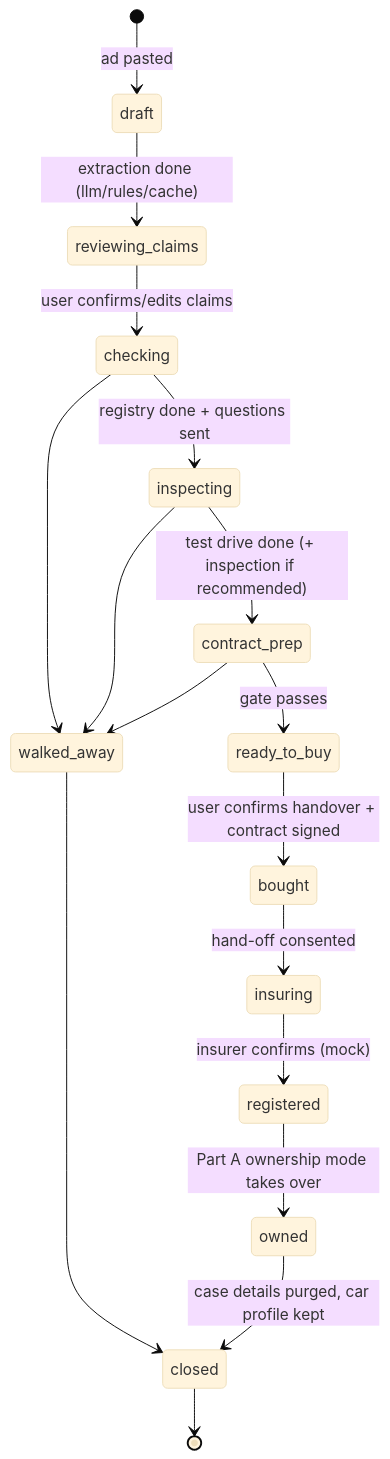
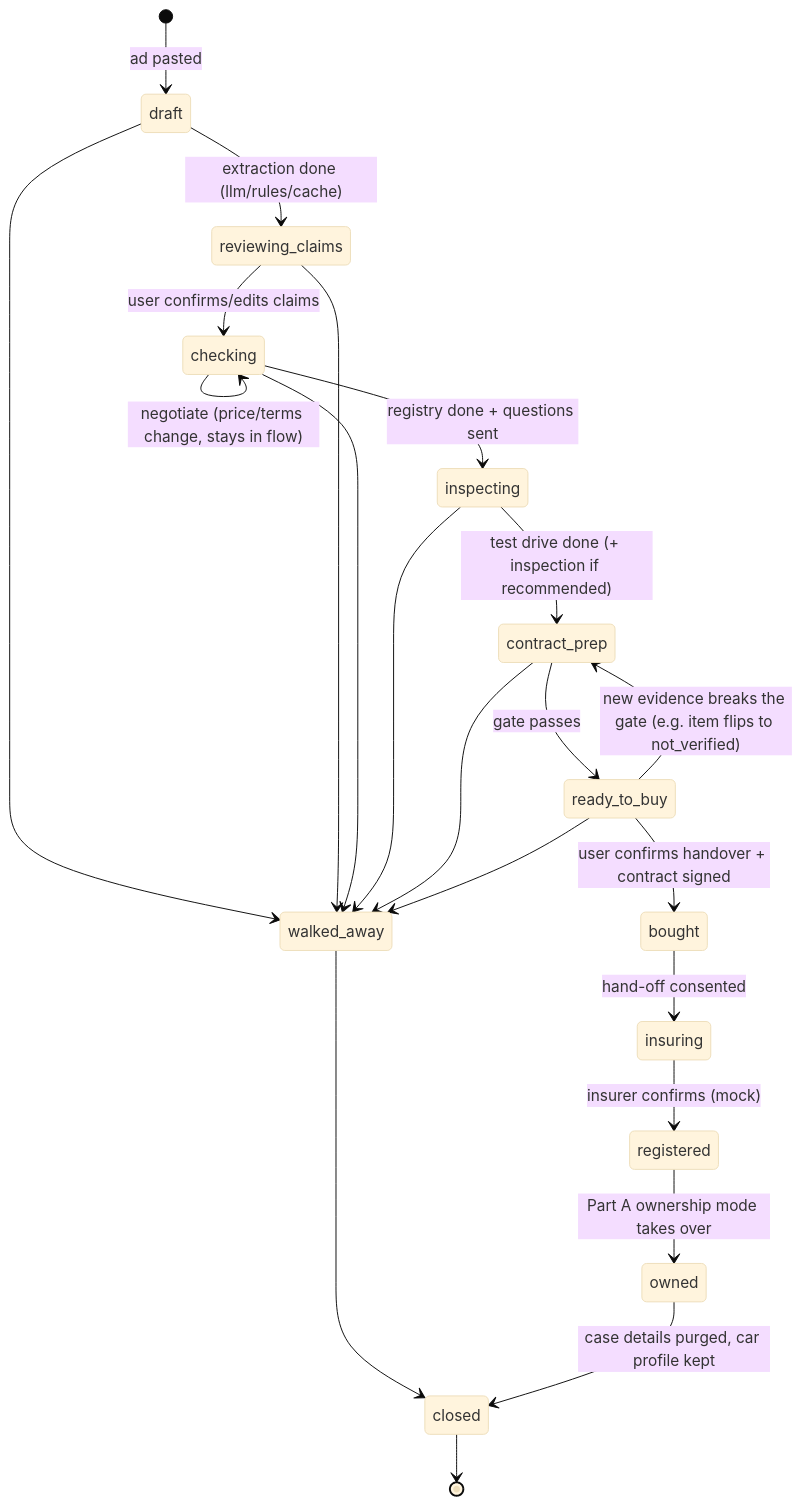
One commit to nquangb22/junctionxturku-2026-project changed the fourth of 5 diagrams in projectIF/firstcar/docs/architecture.md. Above: the diagram before and after it, drawn with Mermaid (base theme). The commit also changed other lines of this file and 85 other files, not shown here.

````diff
--- a/projectIF/firstcar/docs/architecture.md
+++ b/projectIF/firstcar/docs/architecture.md
@@ -466,19 +466,24 @@
 ```mermaid
 stateDiagram-v2
   [*] --> draft: ad pasted
   draft --> reviewing_claims: extraction done (llm/rules/cache)
   reviewing_claims --> checking: user confirms/edits claims
   checking --> inspecting: registry done + questions sent
   inspecting --> contract_prep: test drive done (+ inspection if recommended)
   contract_prep --> ready_to_buy: gate passes
+  draft --> walked_away
+  reviewing_claims --> walked_away
   checking --> walked_away
   inspecting --> walked_away
   contract_prep --> walked_away
+  ready_to_buy --> walked_away
+  ready_to_buy --> contract_prep: new evidence breaks the gate (e.g. item flips to not_verified)
+  checking --> checking: negotiate (price/terms change, stays in flow)
   ready_to_buy --> bought: user confirms handover + contract signed
   bought --> insuring: hand-off consented
   insuring --> registered: insurer confirms (mock)
   registered --> owned: Part A ownership mode takes over
   walked_away --> closed
   owned --> closed: case details purged, car profile kept
   closed --> [*]
 ```
````
